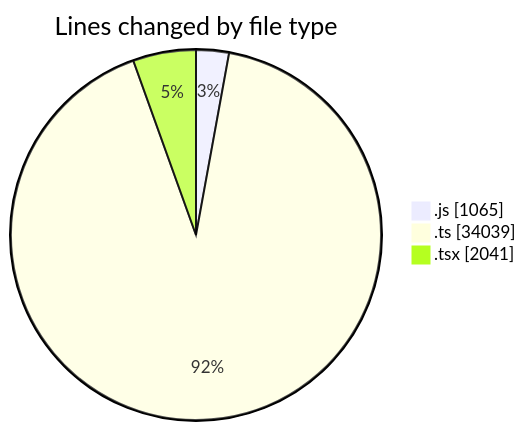
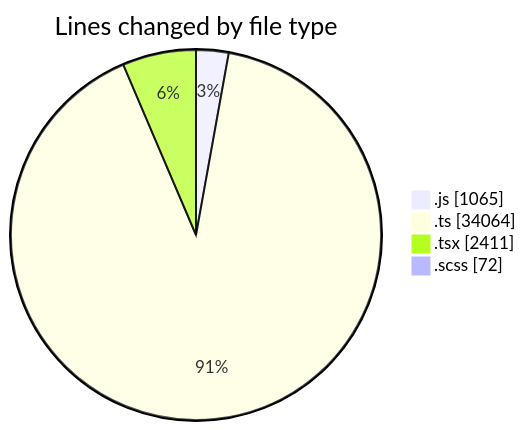
One commit to momahboobian/code-tracking changed the first of 2 diagrams in 2026-10-06/cda/README.md. Above: the diagram before and after it, drawn with Mermaid. The commit also changed other lines of this file and 1 other file, not shown here.

````diff
--- a/2026-10-06/cda/README.md
+++ b/2026-10-06/cda/README.md
@@ -47,7 +52,8 @@
 ```mermaid
 pie showData
 title Lines changed by file type
 ".js" : 1065
-".ts" : 34039
-".tsx" : 2041
+".ts" : 34064
+".tsx" : 2411
+".scss" : 72
 ```
````
